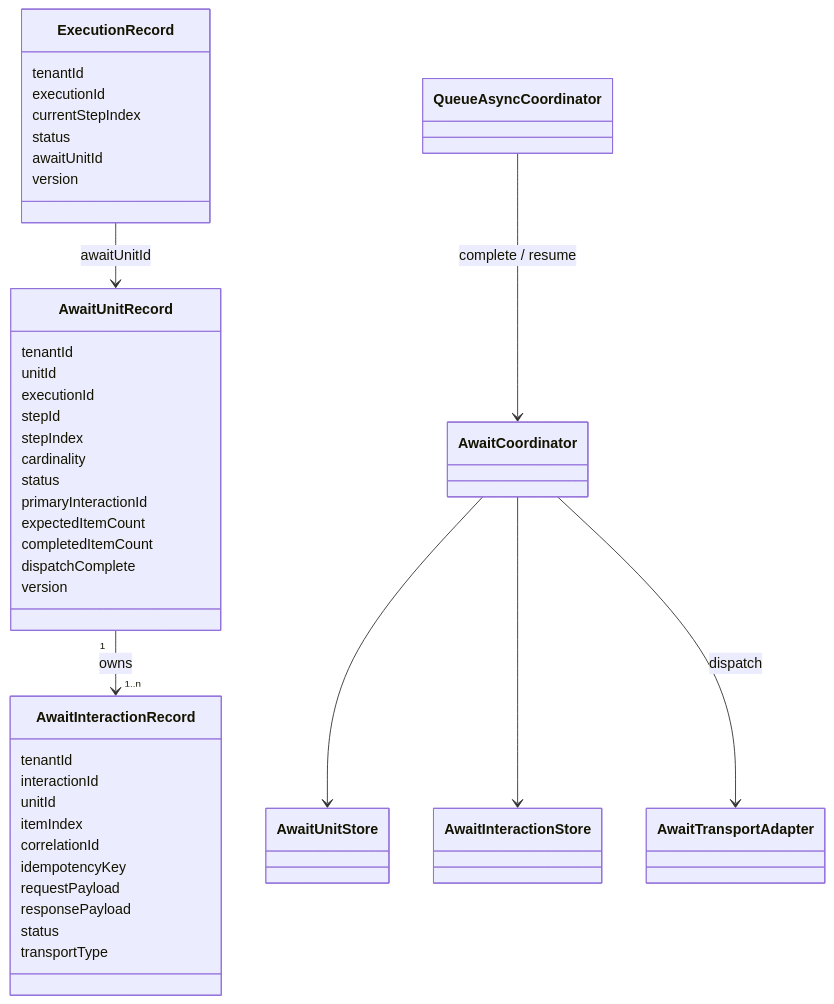
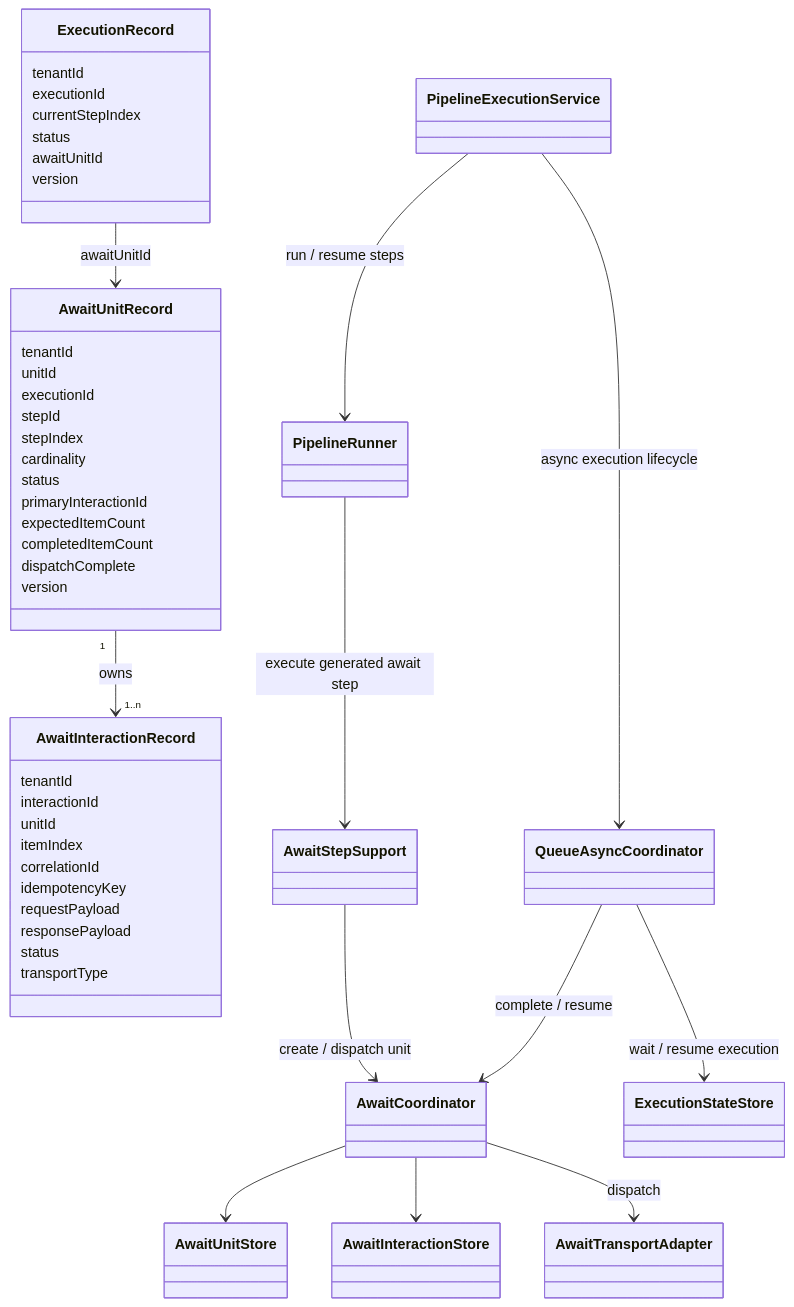
One commit to The-Pipeline-Framework/pipelineframework changed the first of 2 diagrams in docs/guide/evolve/await-unit-runtime/index.md. Above: the diagram before and after it, drawn with Mermaid. The commit also changed other lines of this file and 6 other files, not shown here.

````diff
--- a/docs/guide/evolve/await-unit-runtime/index.md
+++ b/docs/guide/evolve/await-unit-runtime/index.md
@@ -22,52 +22,61 @@
 ```mermaid
 classDiagram
     class ExecutionRecord {
       tenantId
       executionId
       currentStepIndex
       status
       awaitUnitId
       version
     }
 
     class AwaitUnitRecord {
       tenantId
       unitId
       executionId
       stepId
       stepIndex
       cardinality
       status
       primaryInteractionId
       expectedItemCount
       completedItemCount
       dispatchComplete
       version
     }
 
     class AwaitInteractionRecord {
       tenantId
       interactionId
       unitId
       itemIndex
       correlationId
       idempotencyKey
       requestPayload
       responsePayload
       status
       transportType
     }
 
+    class PipelineExecutionService
+    class PipelineRunner
+    class QueueAsyncCoordinator
+    class AwaitStepSupport
     class AwaitCoordinator
     class AwaitUnitStore
     class AwaitInteractionStore
     class AwaitTransportAdapter
-    class QueueAsyncCoordinator
+    class ExecutionStateStore
 
     ExecutionRecord --> AwaitUnitRecord : awaitUnitId
     AwaitUnitRecord "1" --> "1..n" AwaitInteractionRecord : owns
+    PipelineExecutionService --> PipelineRunner : run / resume steps
+    PipelineRunner --> AwaitStepSupport : execute generated await step
+    AwaitStepSupport --> AwaitCoordinator : create / dispatch unit
+    PipelineExecutionService --> QueueAsyncCoordinator : async execution lifecycle
     QueueAsyncCoordinator --> AwaitCoordinator : complete / resume
+    QueueAsyncCoordinator --> ExecutionStateStore : wait / resume execution
     AwaitCoordinator --> AwaitUnitStore
     AwaitCoordinator --> AwaitInteractionStore
     AwaitCoordinator --> AwaitTransportAdapter : dispatch
 ```
````
